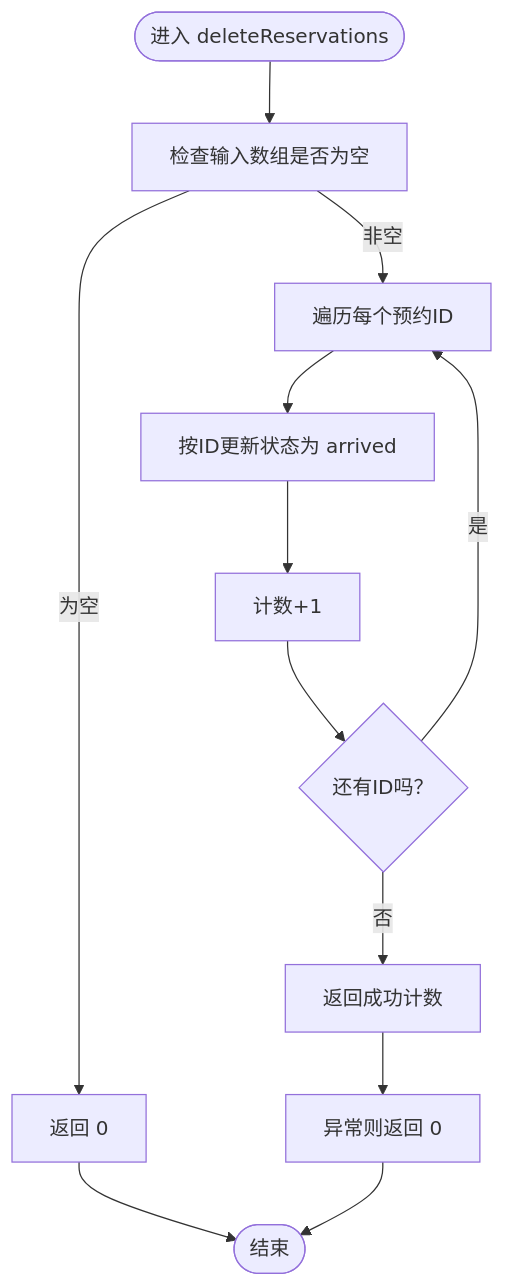
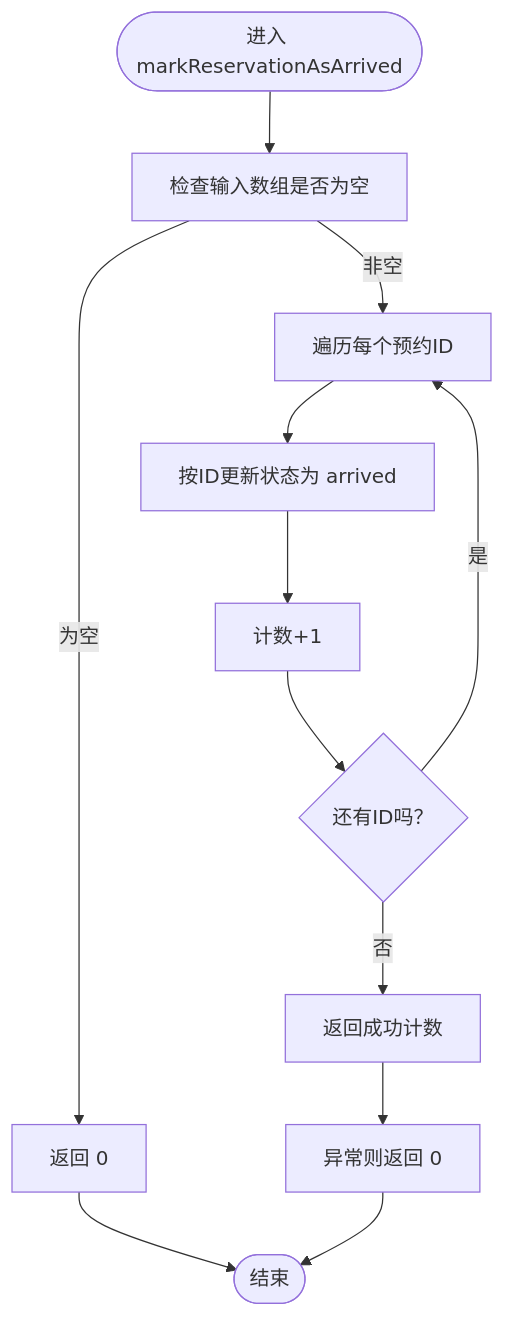
One commit to xwHoward/padoo-consulation-printer changed the third of 9 diagrams in .qoder/repowiki/zh/content/预约管理系统/预约创建与管理.md. Above: the diagram before and after it, drawn with Mermaid. The commit also changed other lines of this file and 21 other files, not shown here.

````diff
--- a/.qoder/repowiki/zh/content/预约管理系统/预约创建与管理.md
+++ b/.qoder/repowiki/zh/content/预约管理系统/预约创建与管理.md
@@ -158,14 +169,14 @@
 ```mermaid
 flowchart TD
-Start(["进入 deleteReservations"]) --> CheckIds["检查输入数组是否为空"]
+Start(["进入 markReservationAsArrived"]) --> CheckIds["检查输入数组是否为空"]
 CheckIds --> |为空| ReturnZero["返回 0"]
 CheckIds --> |非空| Loop["遍历每个预约ID"]
 Loop --> Update["按ID更新状态为 arrived"]
 Update --> Count["计数+1"]
 Count --> Next{"还有ID吗？"}
 Next --> |是| Loop
 Next --> |否| TryEnd["返回成功计数"]
 TryEnd --> Catch["异常则返回 0"]
 ReturnZero --> End(["结束"])
 Catch --> End
 ```
````
